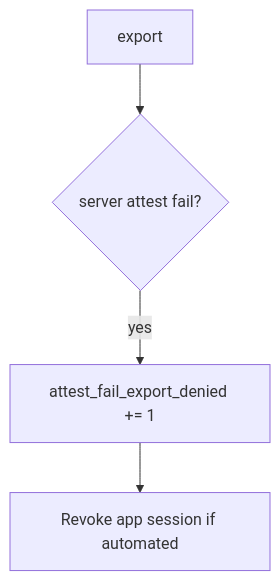
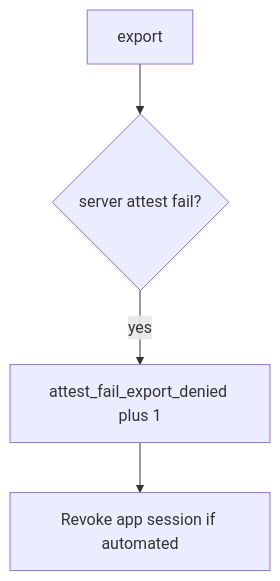
Before and after one commit to ishitvagoel/LearnSecurity: the diagram in content/modules/8/8.1/lessons/06-operate.md, drawn with Mermaid. The commit also changed other lines of this file and 28 other files, not shown here.

````diff
--- a/content/modules/8/8.1/lessons/06-operate.md
+++ b/content/modules/8/8.1/lessons/06-operate.md
@@ -13,6 +13,6 @@
 ```mermaid
 flowchart TD
   Exp[export] --> Attest{server attest fail?}
-  Attest -->|yes| Metric["attest_fail_export_denied += 1"]
+  Attest -->|yes| Metric["attest_fail_export_denied plus 1"]
   Metric --> Revoke[Revoke app session if automated]
 ```
````
